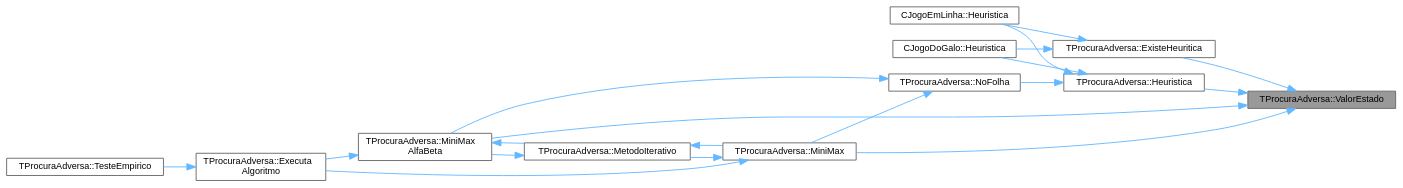
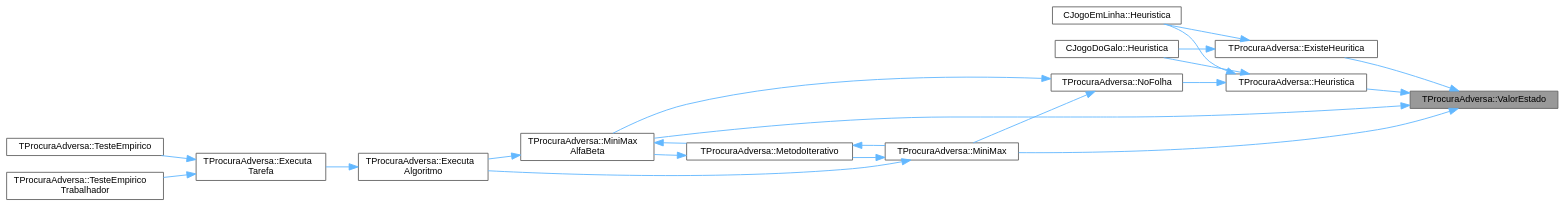
The diagram in classTProcuraAdversa_a9c95c246b28345f0d515a9083ffd646d_icgraph.dot (jcoelho72/TProcura), drawn with Graphviz before and after one commit. The commit also changed 165 other files, not shown here.

```diff
--- a/classTProcuraAdversa_a9c95c246b28345f0d515a9083ffd646d_icgraph.dot
+++ b/classTProcuraAdversa_a9c95c246b28345f0d515a9083ffd646d_icgraph.dot
@@ -1,37 +1,41 @@
 digraph "TProcuraAdversa::ValorEstado"
 {
  // LATEX_PDF_SIZE
   bgcolor="transparent";
   edge [fontname=Helvetica,fontsize=10,labelfontname=Helvetica,labelfontsize=10];
   node [fontname=Helvetica,fontsize=10,shape=box,height=0.2,width=0.4];
   rankdir="RL";
   Node1 [id="Node000001",label="TProcuraAdversa::ValorEstado",height=0.2,width=0.4,color="gray40", fillcolor="grey60", style="filled", fontcolor="black",tooltip="ler ou gravar o melhor valor conhecido"];
   Node1 -> Node2 [id="edge1_Node000001_Node000002",dir="back",color="steelblue1",style="solid",tooltip=" "];
   Node2 [id="Node000002",label="TProcuraAdversa::ExisteHeuritica",height=0.2,width=0.4,color="grey40", fillcolor="white", style="filled",URL="$classTProcuraAdversa.html#aab0860dd7b025e71049e204adb25df25",tooltip=" "];
   Node2 -> Node3 [id="edge2_Node000002_Node000003",dir="back",color="steelblue1",style="solid",tooltip=" "];
   Node3 [id="Node000003",label="CJogoDoGalo::Heuristica",height=0.2,width=0.4,color="grey40", fillcolor="white", style="filled",URL="$classCJogoDoGalo.html#a3563839d5ffc94973acee1a1783e3527",tooltip="Função para calcular quanto falta para o final, o valor da heurística."];
   Node2 -> Node4 [id="edge3_Node000002_Node000004",dir="back",color="steelblue1",style="solid",tooltip=" "];
   Node4 [id="Node000004",label="CJogoEmLinha::Heuristica",height=0.2,width=0.4,color="grey40", fillcolor="white", style="filled",URL="$classCJogoEmLinha.html#afe8d4a92e1840c1436c295c5a13760db",tooltip="Função para calcular quanto falta para o final, o valor da heurística."];
   Node1 -> Node5 [id="edge4_Node000001_Node000005",dir="back",color="steelblue1",style="solid",tooltip=" "];
   Node5 [id="Node000005",label="TProcuraAdversa::Heuristica",height=0.2,width=0.4,color="grey40", fillcolor="white", style="filled",URL="$classTProcuraAdversa.html#a75e148ba0a922339333940828366aed6",tooltip="chamar após calcular a heurística (grava o valor, dependendo da parametrização)"];
   Node5 -> Node3 [id="edge5_Node000005_Node000003",dir="back",color="steelblue1",style="solid",tooltip=" "];
   Node5 -> Node4 [id="edge6_Node000005_Node000004",dir="back",color="steelblue1",style="solid",tooltip=" "];
   Node5 -> Node6 [id="edge7_Node000005_Node000006",dir="back",color="steelblue1",style="solid",tooltip=" "];
   Node6 [id="Node000006",label="TProcuraAdversa::NoFolha",height=0.2,width=0.4,color="grey40", fillcolor="white", style="filled",URL="$classTProcuraAdversa.html#a01ed7d4718647eb52723ecffaf68aa4b",tooltip="fim da procura, por corte de nível (ou não haver sucessores), retornar heurística"];
   Node6 -> Node7 [id="edge8_Node000006_Node000007",dir="back",color="steelblue1",style="solid",tooltip=" "];
   Node7 [id="Node000007",label="TProcuraAdversa::MiniMax",height=0.2,width=0.4,color="grey40", fillcolor="white", style="filled",URL="$classTProcuraAdversa.html#a4d8542bcb03f17da8aa3038384104f24",tooltip="retorna o valor do estado actual, apos procura de profundidade nivel"];
   Node7 -> Node8 [id="edge9_Node000007_Node000008",dir="back",color="steelblue1",style="solid",tooltip=" "];
   Node8 [id="Node000008",label="TProcuraAdversa::Executa\lAlgoritmo",height=0.2,width=0.4,color="grey40", fillcolor="white", style="filled",URL="$classTProcuraAdversa.html#aff6f48defaa10c14d160ac3990fd029b",tooltip="Executa o algoritmo com os parametros atuais."];
   Node8 -> Node9 [id="edge10_Node000008_Node000009",dir="back",color="steelblue1",style="solid",tooltip=" "];
-  Node9 [id="Node000009",label="TProcuraAdversa::TesteEmpirico",height=0.2,width=0.4,color="grey40", fillcolor="white", style="filled",URL="$classTProcuraAdversa.html#abe15e86c2a11e584764a2b80ddab10cb",tooltip="Executa testes empíricos, em todas as configurações guardadas, nas instâncias selecionadas."];
-  Node7 -> Node10 [id="edge11_Node000007_Node000010",dir="back",color="steelblue1",style="solid",tooltip=" "];
-  Node10 [id="Node000010",label="TProcuraAdversa::MetodoIterativo",height=0.2,width=0.4,color="grey40", fillcolor="white", style="filled",URL="$classTProcuraAdversa.html#a7c4153974c32753901326271fee90197",tooltip="iteração, aumentando o nível progressivamente"];
-  Node10 -> Node7 [id="edge12_Node000010_Node000007",dir="back",color="steelblue1",style="solid",tooltip=" "];
-  Node10 -> Node11 [id="edge13_Node000010_Node000011",dir="back",color="steelblue1",style="solid",tooltip=" "];
-  Node11 [id="Node000011",label="TProcuraAdversa::MiniMax\lAlfaBeta",height=0.2,width=0.4,color="grey40", fillcolor="white", style="filled",URL="$classTProcuraAdversa.html#adb3f857b1c8b3ee26682e335dc6ed601",tooltip="retorna o valor do estado actual, apos procura de profundidade nivel. Idêntico a MiniMax"];
-  Node11 -> Node8 [id="edge14_Node000011_Node000008",dir="back",color="steelblue1",style="solid",tooltip=" "];
-  Node11 -> Node10 [id="edge15_Node000011_Node000010",dir="back",color="steelblue1",style="solid",tooltip=" "];
-  Node6 -> Node11 [id="edge16_Node000006_Node000011",dir="back",color="steelblue1",style="solid",tooltip=" "];
-  Node1 -> Node7 [id="edge17_Node000001_Node000007",dir="back",color="steelblue1",style="solid",tooltip=" "];
-  Node1 -> Node11 [id="edge18_Node000001_Node000011",dir="back",color="steelblue1",style="solid",tooltip=" "];
+  Node9 [id="Node000009",label="TProcuraAdversa::Executa\lTarefa",height=0.2,width=0.4,color="grey40", fillcolor="white", style="filled",URL="$classTProcuraAdversa.html#aad206751268402eef355dd89415d1865",tooltip="Executa uma tarefa num teste empírico."];
+  Node9 -> Node10 [id="edge11_Node000009_Node000010",dir="back",color="steelblue1",style="solid",tooltip=" "];
+  Node10 [id="Node000010",label="TProcuraAdversa::TesteEmpirico",height=0.2,width=0.4,color="grey40", fillcolor="white", style="filled",URL="$classTProcuraAdversa.html#abe15e86c2a11e584764a2b80ddab10cb",tooltip="Executa testes empíricos, em todas as configurações guardadas, nas instâncias selecionadas."];
+  Node9 -> Node11 [id="edge12_Node000009_Node000011",dir="back",color="steelblue1",style="solid",tooltip=" "];
+  Node11 [id="Node000011",label="TProcuraAdversa::TesteEmpirico\lTrabalhador",height=0.2,width=0.4,color="grey40", fillcolor="white", style="filled",URL="$classTProcuraAdversa.html#adf8ec64db235b7d293fbf5a632a57966",tooltip="Teste empírico com modo mestre-escravo (este é o escravo)"];
+  Node7 -> Node12 [id="edge13_Node000007_Node000012",dir="back",color="steelblue1",style="solid",tooltip=" "];
+  Node12 [id="Node000012",label="TProcuraAdversa::MetodoIterativo",height=0.2,width=0.4,color="grey40", fillcolor="white", style="filled",URL="$classTProcuraAdversa.html#a7c4153974c32753901326271fee90197",tooltip="iteração, aumentando o nível progressivamente"];
+  Node12 -> Node7 [id="edge14_Node000012_Node000007",dir="back",color="steelblue1",style="solid",tooltip=" "];
+  Node12 -> Node13 [id="edge15_Node000012_Node000013",dir="back",color="steelblue1",style="solid",tooltip=" "];
+  Node13 [id="Node000013",label="TProcuraAdversa::MiniMax\lAlfaBeta",height=0.2,width=0.4,color="grey40", fillcolor="white", style="filled",URL="$classTProcuraAdversa.html#adb3f857b1c8b3ee26682e335dc6ed601",tooltip="retorna o valor do estado actual, apos procura de profundidade nivel. Idêntico a MiniMax"];
+  Node13 -> Node8 [id="edge16_Node000013_Node000008",dir="back",color="steelblue1",style="solid",tooltip=" "];
+  Node13 -> Node12 [id="edge17_Node000013_Node000012",dir="back",color="steelblue1",style="solid",tooltip=" "];
+  Node6 -> Node13 [id="edge18_Node000006_Node000013",dir="back",color="steelblue1",style="solid",tooltip=" "];
+  Node1 -> Node7 [id="edge19_Node000001_Node000007",dir="back",color="steelblue1",style="solid",tooltip=" "];
+  Node1 -> Node13 [id="edge20_Node000001_Node000013",dir="back",color="steelblue1",style="solid",tooltip=" "];
 }
```
